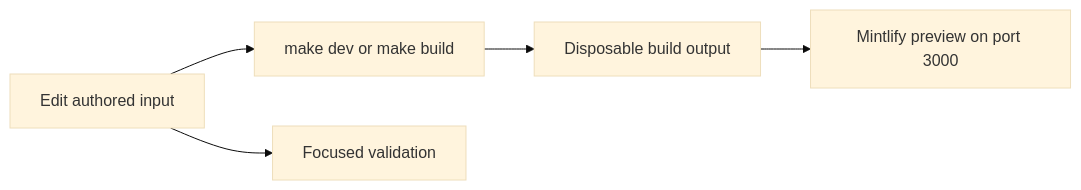
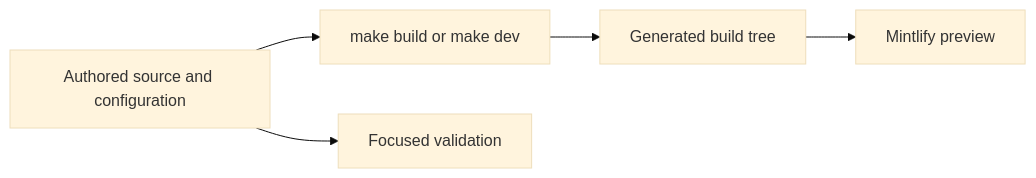
Before and after one commit to langchain-ai/docs: the diagram in openwiki/quickstart.md, drawn with Mermaid (base theme). The commit also changed other lines of this file and 20 other files, not shown here.

````diff
--- a/openwiki/quickstart.md
+++ b/openwiki/quickstart.md
@@ -52,7 +39,7 @@
 ```mermaid
 flowchart LR
-  Author["Edit authored input"] --> Build["make dev or make build"]
-  Build --> Output["Disposable build output"]
-  Output --> Preview["Mintlify preview on port 3000"]
-  Author --> Check["Focused validation"]
+  Source["Authored source and configuration"] --> Builder["make build or make dev"]
+  Builder --> Output["Generated build tree"]
+  Output --> Preview["Mintlify preview"]
+  Source --> Checks["Focused validation"]
 ```
````
